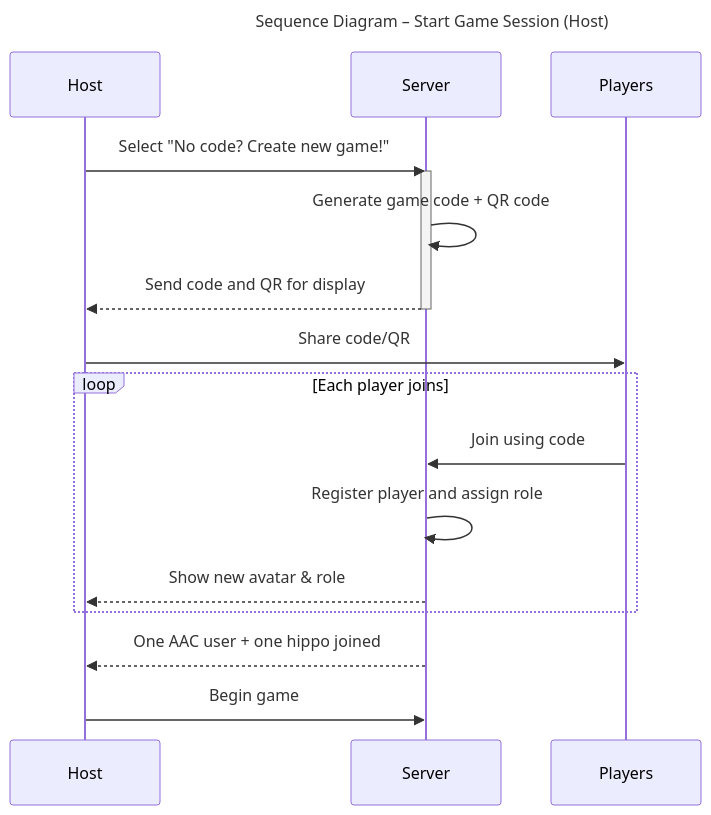
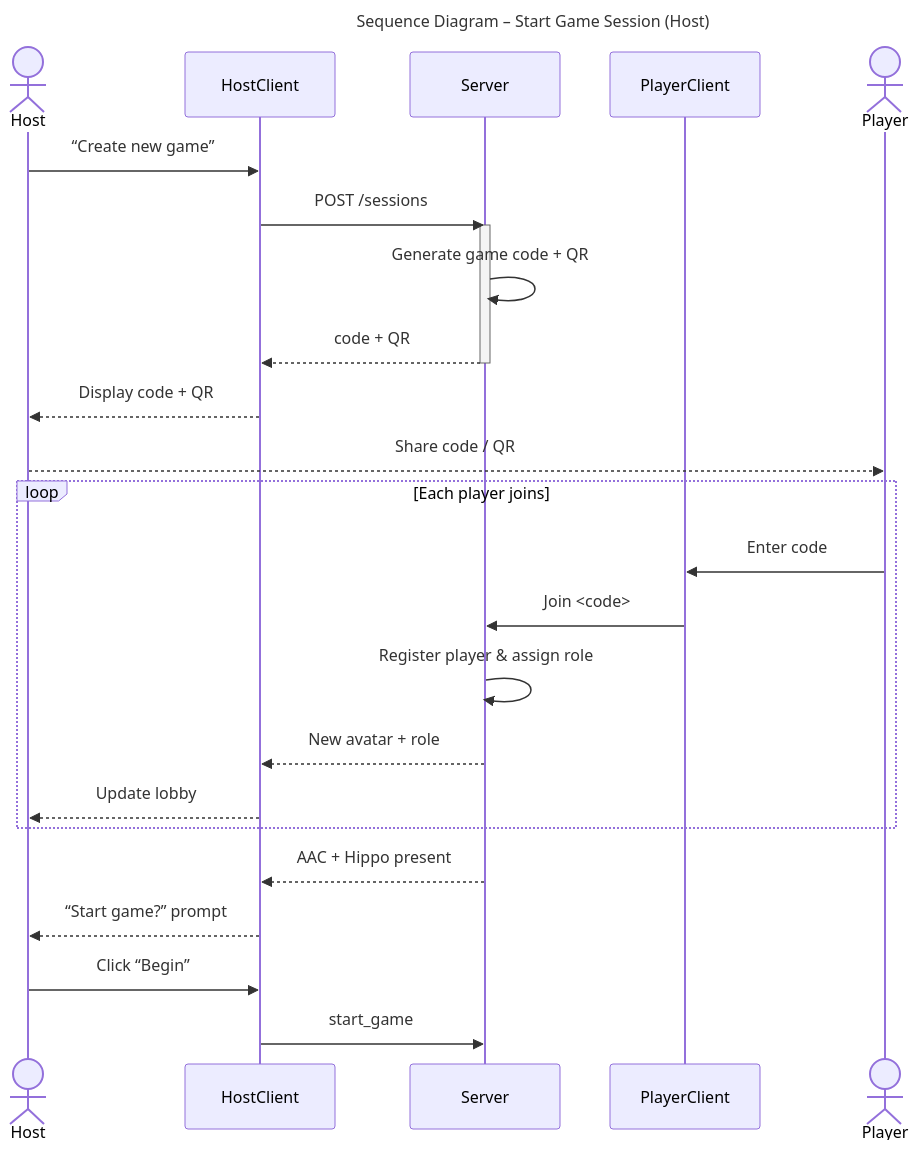
One commit to tug74295/project-acc-hungry-hippos changed the first of 7 diagrams in documentation/docs/system-architecture/sequence-diagrams.md. Above: the diagram before and after it, drawn with Mermaid. The commit also changed other lines of this file and 1 other file, not shown here.

Commit message:
Fix sequence diagram 1 and 2

````diff
--- a/documentation/docs/system-architecture/sequence-diagrams.md
+++ b/documentation/docs/system-architecture/sequence-diagrams.md
@@ -15,28 +15,36 @@
 ```mermaid
 ---
 title: Sequence Diagram – Start Game Session (Host)
 ---
 
 sequenceDiagram
-    participant Host
+    actor Host
+    participant HostClient
     participant Server
-    participant Players
+    participant PlayerClient
+    actor Player
 
-    Host->>Server: Select "No code? Create new game!"
+    Host ->> HostClient: “Create new game”
+    HostClient ->> Server: POST /sessions
     activate Server
-    Server->>Server: Generate game code + QR code
-    Server-->>Host: Send code and QR for display
+    Server ->> Server: Generate game code + QR
+    Server -->> HostClient: code + QR
     deactivate Server
 
-    Host->>Players: Share code/QR
+    HostClient -->> Host: Display code + QR
+    Host -->> Player: Share code / QR
 
     loop Each player joins
-        Players->>Server: Join using code
-        Server->>Server: Register player and assign role
-        Server-->>Host: Show new avatar & role
+        Player ->> PlayerClient: Enter code
+        PlayerClient ->> Server: Join <code>
+        Server ->> Server: Register player & assign role
+        Server -->> HostClient: New avatar + role
+        HostClient -->> Host: Update lobby
     end
 
-    Server-->>Host: One AAC user + one hippo joined
-    Host->>Server: Begin game
+    Server -->> HostClient: AAC + Hippo present
+    HostClient -->> Host: “Start game?” prompt
+    Host ->> HostClient: Click “Begin”
+    HostClient ->> Server: start_game
 
 ```
````
